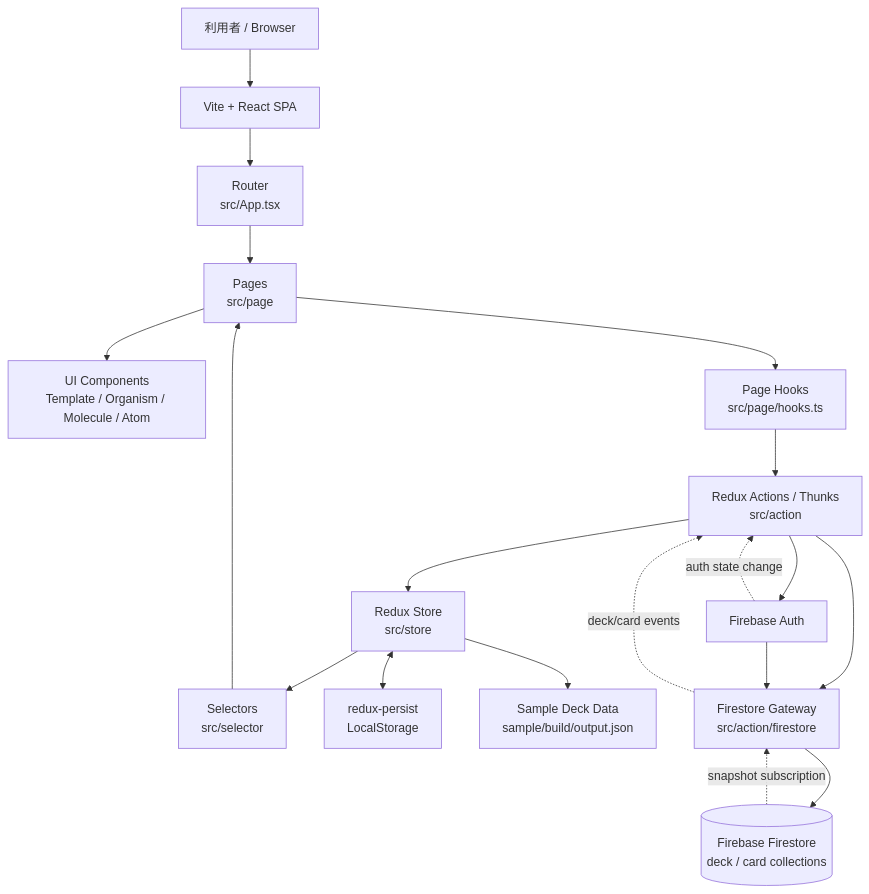
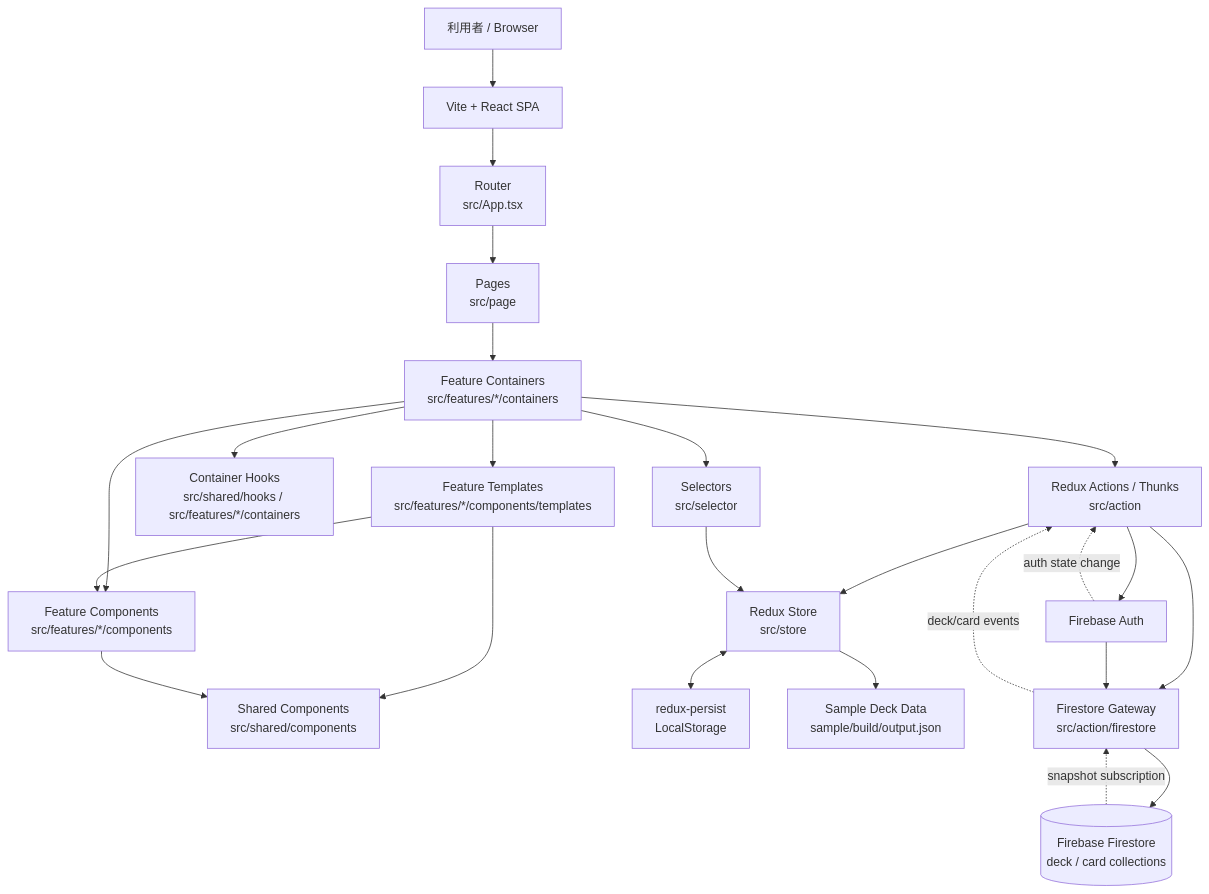
One commit to her0e1c1/tango changed the diagram in docs/architecture.md. Above: the diagram before and after it, drawn with Mermaid. The commit also changed other lines of this file and 40 other files, not shown here.

Commit message:
docs: describe feature-based component architecture

````diff
--- a/docs/architecture.md
+++ b/docs/architecture.md
@@ -3,25 +3,29 @@
 ```mermaid
 flowchart TD
     U[利用者 / Browser] --> V[Vite + React SPA]
     V --> R[Router<br/>src/App.tsx]
     R --> P[Pages<br/>src/page]
-    P --> C[UI Components<br/>Template / Organism / Molecule / Atom]
+    P --> C[Feature Containers<br/>src/features/*/containers]
+    C --> T[Feature Templates<br/>src/features/*/components/templates]
+    C --> FC[Feature Components<br/>src/features/*/components]
+    T --> FC
+    T --> SC[Shared Components<br/>src/shared/components]
+    FC --> SC
 
-    P --> H[Page Hooks<br/>src/page/hooks.ts]
-    H --> A[Redux Actions / Thunks<br/>src/action]
+    C --> H[Container Hooks<br/>src/shared/hooks / src/features/*/containers]
+    C --> A[Redux Actions / Thunks<br/>src/action]
+    C --> X[Selectors<br/>src/selector]
     A --> S[Redux Store<br/>src/store]
-    S --> X[Selectors<br/>src/selector]
-    X --> P
+    X --> S
 
     S <--> L[redux-persist<br/>LocalStorage]
     S --> I[Sample Deck Data<br/>sample/build/output.json]
-
     A --> AU[Firebase Auth]
     A --> F[Firestore Gateway<br/>src/action/firestore]
     F --> DB[(Firebase Firestore<br/>deck / card collections)]
     AU --> F
 
     AU -. auth state change .-> A
     DB -. snapshot subscription .-> F
     F -. deck/card events .-> A
 ```
````
